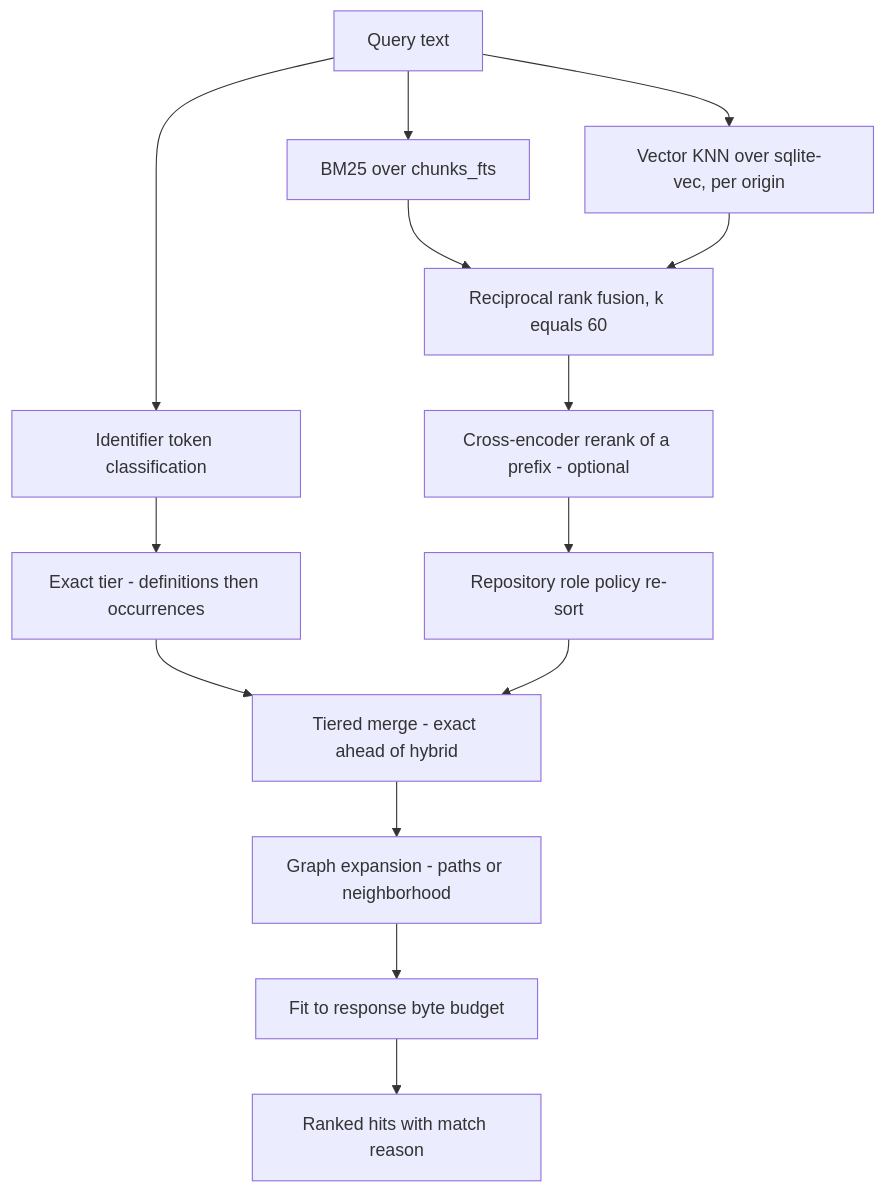
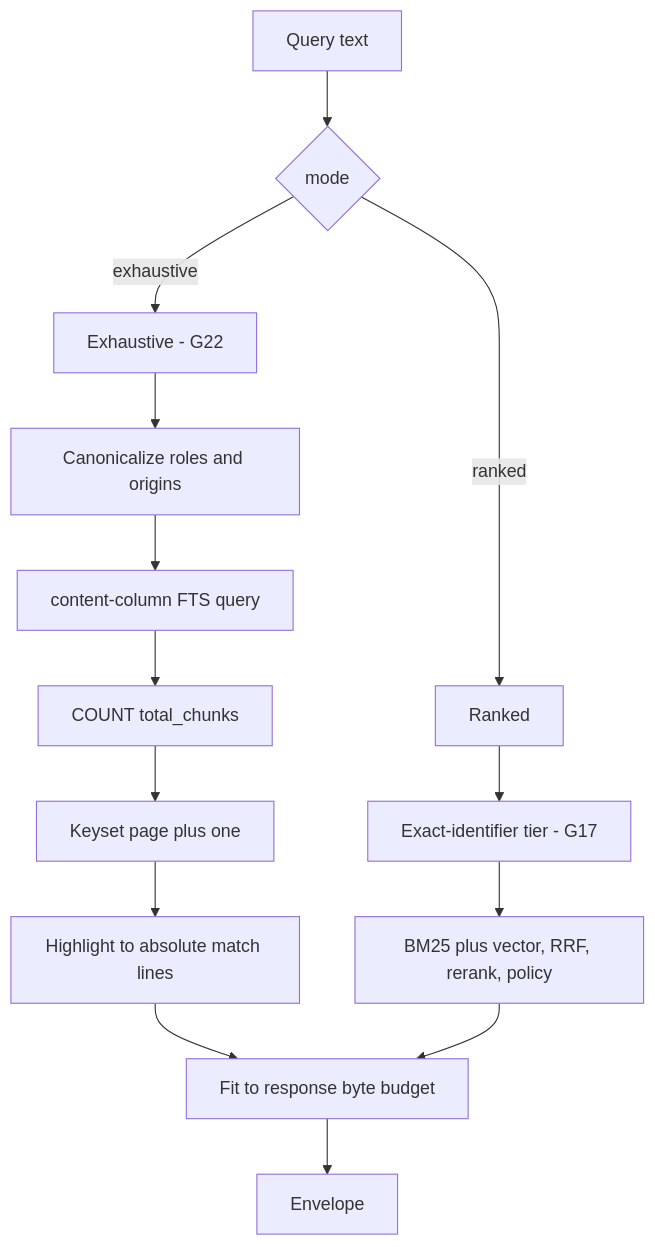
One commit to iantocristian/jscout changed the third of 3 diagrams in docs/codebase-analysis/01-system-overview.md. Above: the diagram before and after it, drawn with Mermaid. The commit also changed other lines of this file and 33 other files, not shown here.

````diff
--- a/docs/codebase-analysis/01-system-overview.md
+++ b/docs/codebase-analysis/01-system-overview.md
@@ -105,21 +110,21 @@
 ```mermaid
 flowchart TD
     Q["Query text"]
-    TOK["Identifier token classification"]
-    EX["Exact tier - definitions then occurrences"]
-    BM["BM25 over chunks_fts"]
-    VEC["Vector KNN over sqlite-vec, per origin"]
-    RRF["Reciprocal rank fusion, k equals 60"]
-    RR["Cross-encoder rerank of a prefix - optional"]
-    POL["Repository role policy re-sort"]
-    MERGE["Tiered merge - exact ahead of hybrid"]
-    EXP["Graph expansion - paths or neighborhood"]
+    MODE{"mode"}
+    EXH["Exhaustive - G22"]
+    SCOPE["Canonicalize roles and origins"]
+    FTSQ["content-column FTS query"]
+    CNT["COUNT total_chunks"]
+    PAGE["Keyset page plus one"]
+    HL["Highlight to absolute match lines"]
+    RANK["Ranked"]
+    EX["Exact-identifier tier - G17"]
+    HYB["BM25 plus vector, RRF, rerank, policy"]
     BUD["Fit to response byte budget"]
-    OUT["Ranked hits with match reason"]
+    OUT["Envelope"]
 
-    Q --> TOK --> EX --> MERGE
-    Q --> BM --> RRF
-    Q --> VEC --> RRF
-    RRF --> RR --> POL --> MERGE
-    MERGE --> EXP --> BUD --> OUT
+    Q --> MODE
+    MODE -->|"exhaustive"| EXH --> SCOPE --> FTSQ --> CNT --> PAGE --> HL --> BUD
+    MODE -->|"ranked"| RANK --> EX --> HYB --> BUD
+    BUD --> OUT
 ```
````
